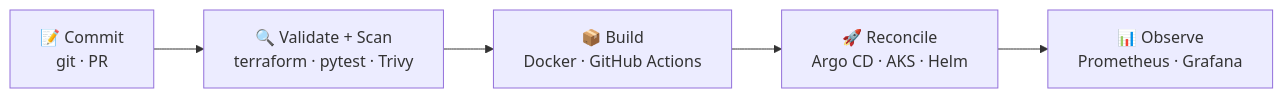
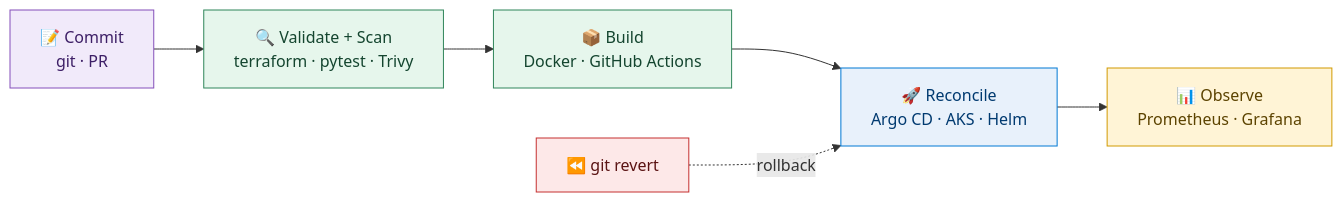
Before and after one commit to aniket-devop/aniket-devop: the first of 2 diagrams in README.md, drawn with Mermaid. The commit also changed other lines of this file, not shown here.

````diff
--- a/README.md
+++ b/README.md
@@ -40,7 +43,19 @@
 ```mermaid
 flowchart LR
     A["📝 Commit<br/>git · PR"] --> B["🔍 Validate + Scan<br/>terraform · pytest · Trivy"]
     B --> C["📦 Build<br/>Docker · GitHub Actions"]
     C --> D["🚀 Reconcile<br/>Argo CD · AKS · Helm"]
     D --> E["📊 Observe<br/>Prometheus · Grafana"]
+    R["⏪ git revert"] -.rollback.-> D
+
+    classDef src fill:#f1eafa,stroke:#844FBA,color:#3d1f66;
+    classDef check fill:#e6f6ec,stroke:#2f855a,color:#14452f;
+    classDef run fill:#e8f1fb,stroke:#0078D4,color:#003a70;
+    classDef obs fill:#fff4d6,stroke:#d19a00,color:#5c4300;
+    classDef back fill:#fde8e8,stroke:#c53030,color:#5a1313;
+    class A src;
+    class B,C check;
+    class D run;
+    class E obs;
+    class R back;
 ```
````
